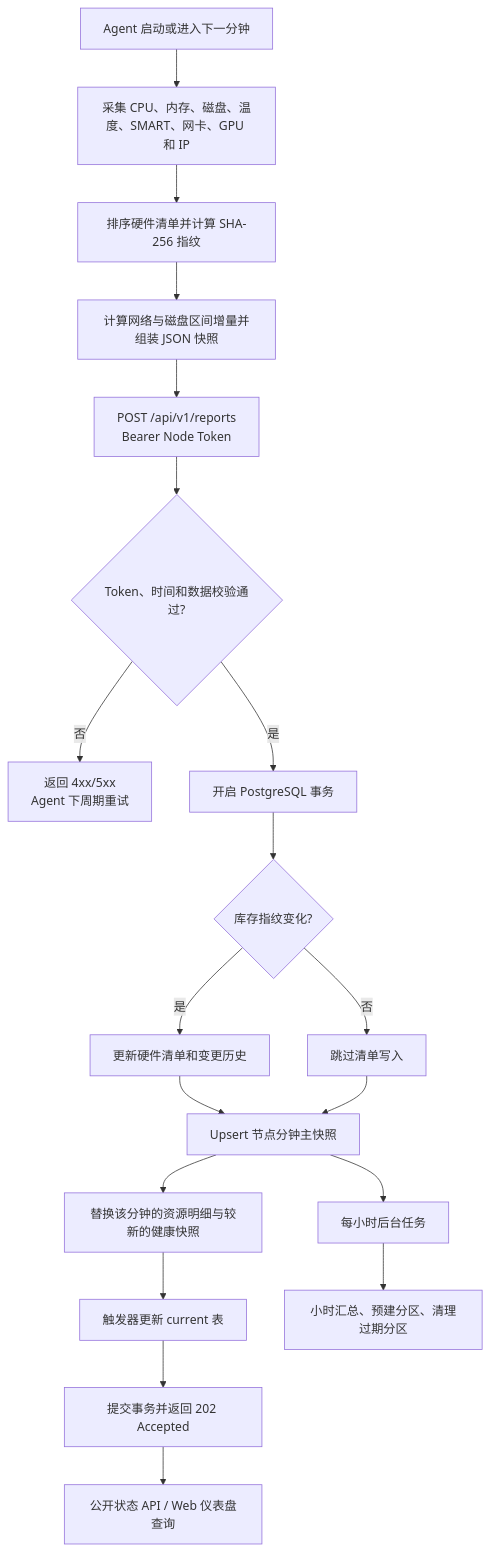
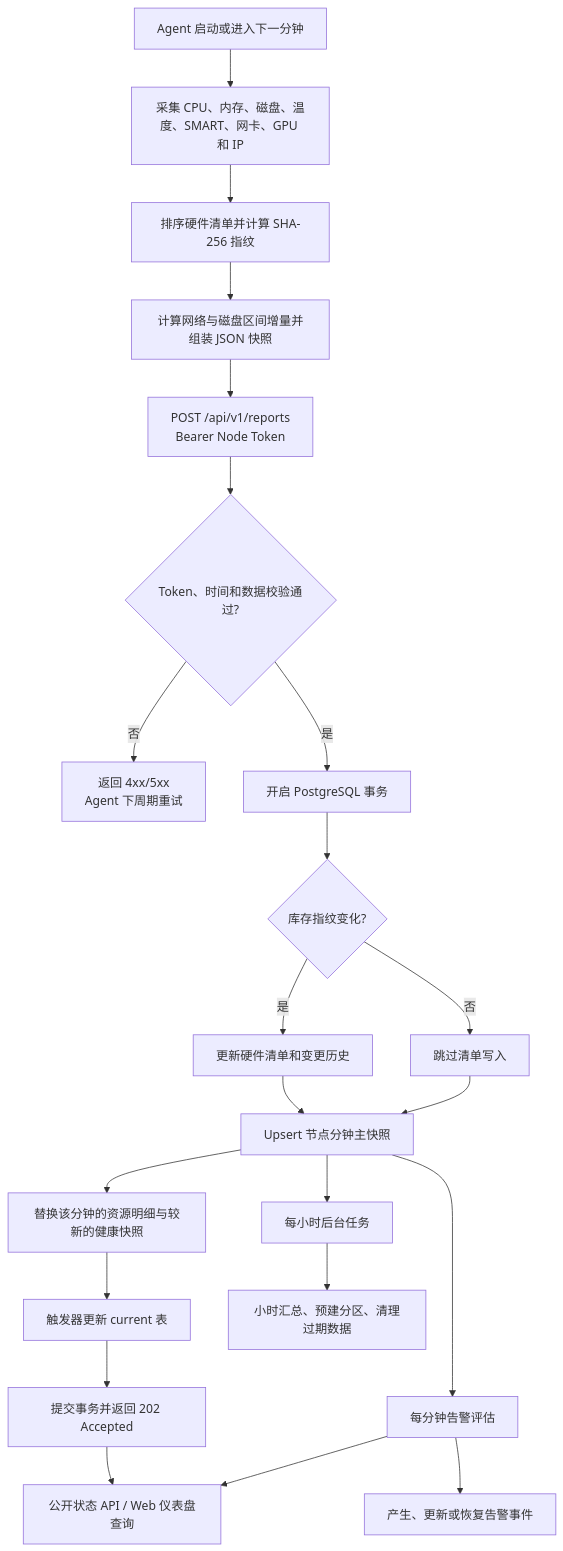
One commit to guohai163/server-status changed the diagram in README.md. Above: the diagram before and after it, drawn with Mermaid. The commit also changed other lines of this file and 21 other files, not shown here.

````diff
--- a/README.md
+++ b/README.md
@@ -61,21 +61,24 @@
 ```mermaid
 flowchart TD
     A["Agent 启动或进入下一分钟"] --> B["采集 CPU、内存、磁盘、温度、SMART、网卡、GPU 和 IP"]
     B --> C["排序硬件清单并计算 SHA-256 指纹"]
     C --> D["计算网络与磁盘区间增量并组装 JSON 快照"]
     D --> E["POST /api/v1/reports<br/>Bearer Node Token"]
     E --> F{"Token、时间和数据校验通过?"}
     F -- "否" --> G["返回 4xx/5xx<br/>Agent 下周期重试"]
     F -- "是" --> H["开启 PostgreSQL 事务"]
     H --> I{"库存指纹变化?"}
     I -- "是" --> J["更新硬件清单和变更历史"]
     I -- "否" --> K["跳过清单写入"]
     J --> L["Upsert 节点分钟主快照"]
     K --> L
     L --> M["替换该分钟的资源明细与较新的健康快照"]
     M --> N["触发器更新 current 表"]
     N --> O["提交事务并返回 202 Accepted"]
     O --> P["公开状态 API / Web 仪表盘查询"]
-    Q["每小时后台任务"] --> R["小时汇总、预建分区、清理过期分区"]
+    Q["每分钟告警评估"] --> S["产生、更新或恢复告警事件"]
     L --> Q
+    Q --> P
+    T["每小时后台任务"] --> R["小时汇总、预建分区、清理过期数据"]
+    L --> T
 ```
````
